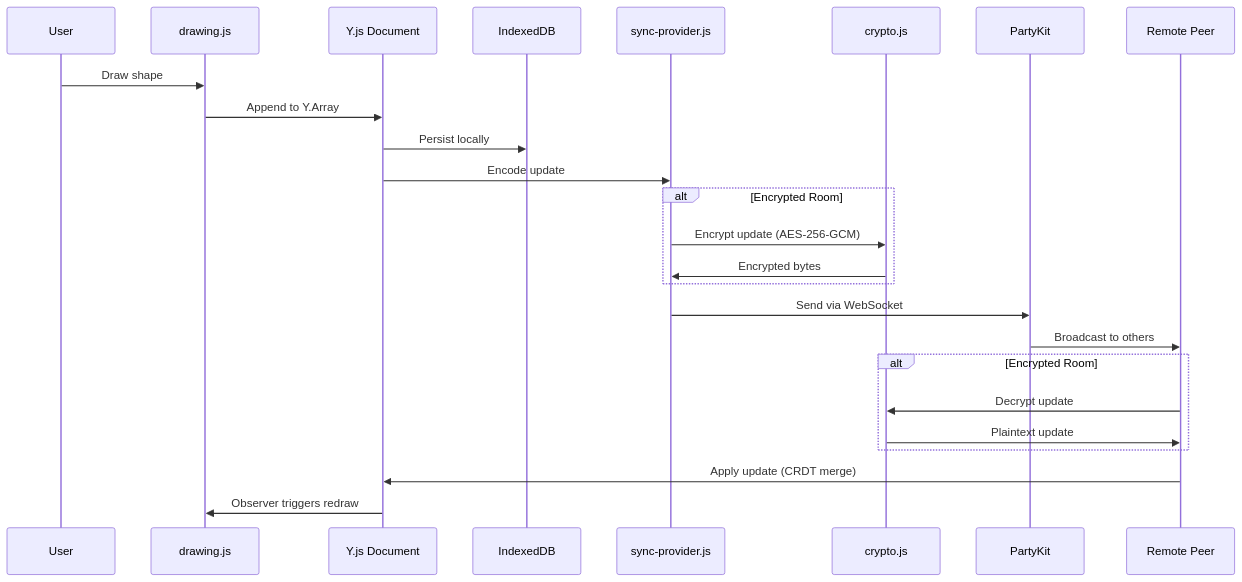
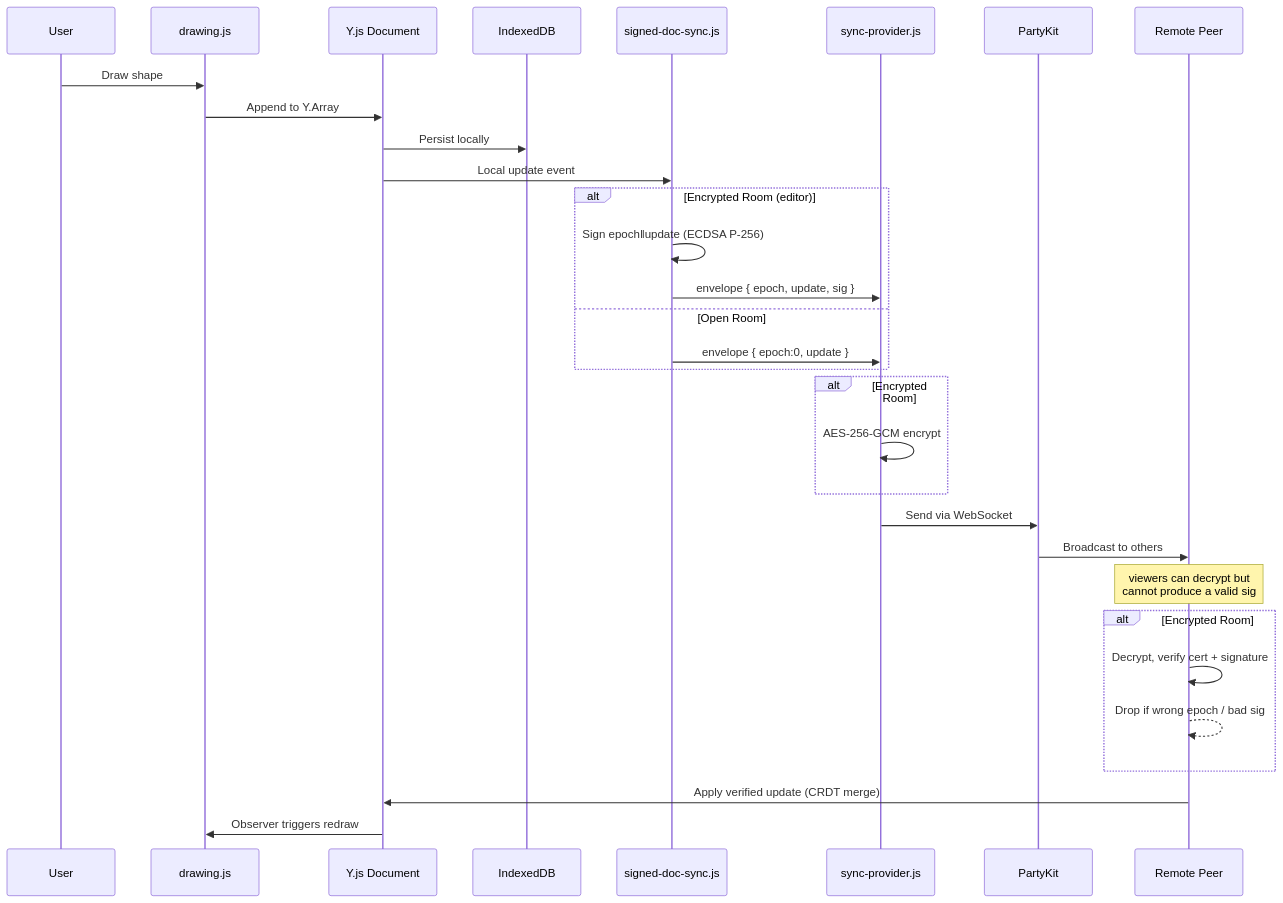
One commit to Technical-1/Private-Collab-Whiteboard changed the second of 2 diagrams in .portfolio/architecture.md. Above: the diagram before and after it, drawn with Mermaid. The commit also changed other lines of this file and 3 other files, not shown here.

````diff
--- a/.portfolio/architecture.md
+++ b/.portfolio/architecture.md
@@ -65,32 +73,39 @@
 ```mermaid
 sequenceDiagram
     participant User
     participant Canvas as drawing.js
     participant YDoc as Y.js Document
     participant IDB as IndexedDB
+    participant Signed as signed-doc-sync.js
     participant Provider as sync-provider.js
-    participant Crypto as crypto.js
     participant Server as PartyKit
     participant Peer as Remote Peer
 
     User->>Canvas: Draw shape
     Canvas->>YDoc: Append to Y.Array
     YDoc->>IDB: Persist locally
-    YDoc->>Provider: Encode update
+    YDoc->>Signed: Local update event
+
+    alt Encrypted Room (editor)
+        Signed->>Signed: Sign epoch‖update (ECDSA P-256)
+        Signed->>Provider: envelope { epoch, update, sig }
+    else Open Room
+        Signed->>Provider: envelope { epoch:0, update }
+    end
 
     alt Encrypted Room
-        Provider->>Crypto: Encrypt update (AES-256-GCM)
-        Crypto->>Provider: Encrypted bytes
+        Provider->>Provider: AES-256-GCM encrypt
     end
-
     Provider->>Server: Send via WebSocket
     Server->>Peer: Broadcast to others
 
+    Note over Peer: viewers can decrypt but<br>cannot produce a valid sig
+
     alt Encrypted Room
-        Peer->>Crypto: Decrypt update
-        Crypto->>Peer: Plaintext update
+        Peer->>Peer: Decrypt, verify cert + signature
+        Peer-->>Peer: Drop if wrong epoch / bad sig
     end
 
-    Peer->>YDoc: Apply update (CRDT merge)
+    Peer->>YDoc: Apply verified update (CRDT merge)
     YDoc->>Canvas: Observer triggers redraw
 ```
````
